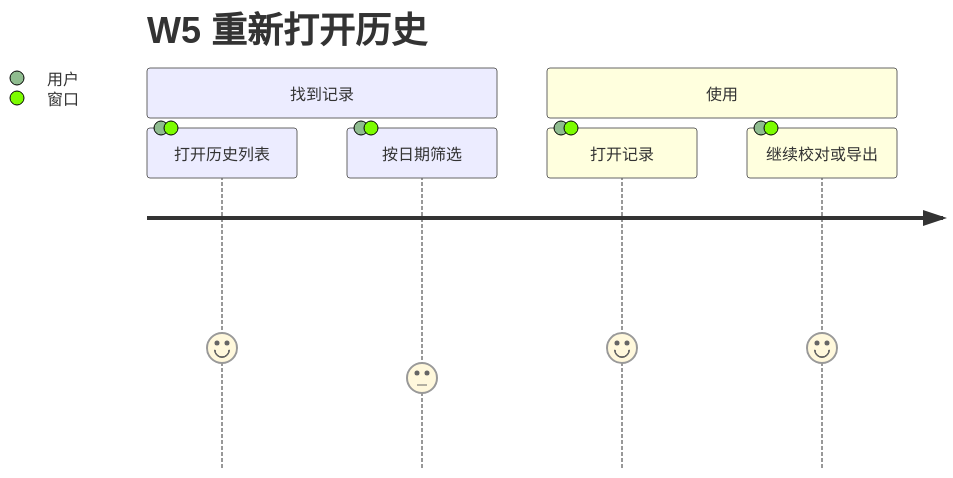
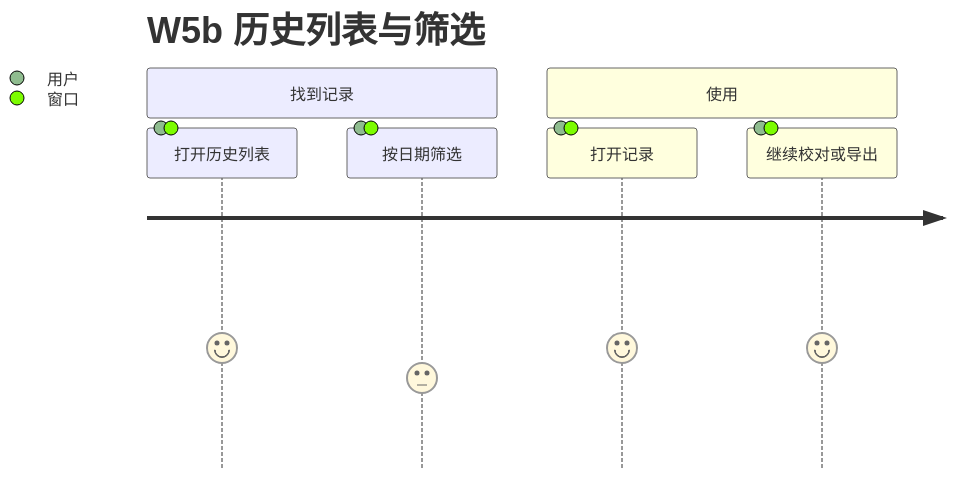
One commit to LoTwT/youkai changed the eighth of 11 diagrams in docs/design/uiux-2026-11/03-journeys-windows.md. Above: the diagram before and after it, drawn with Mermaid. The commit also changed other lines of this file and 7 other files, not shown here.

````diff
--- a/docs/design/uiux-2026-11/03-journeys-windows.md
+++ b/docs/design/uiux-2026-11/03-journeys-windows.md
@@ -273,10 +325,10 @@
 ```mermaid
 journey
-  title W5 重新打开历史
+  title W5b 历史列表与筛选
   section 找到记录
     打开历史列表: 4: 用户, 窗口
     按日期筛选: 3: 用户, 窗口
   section 使用
     打开记录: 4: 用户, 窗口
     继续校对或导出: 4: 用户, 窗口
 ```
````
